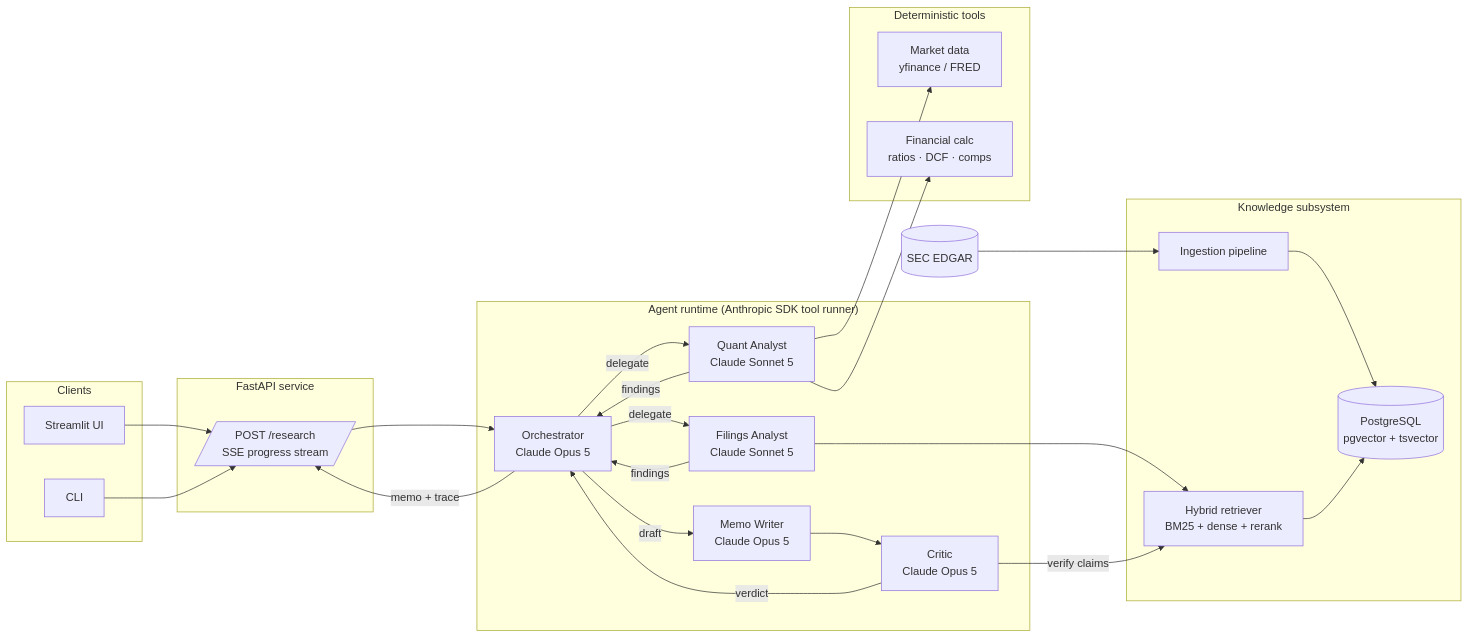
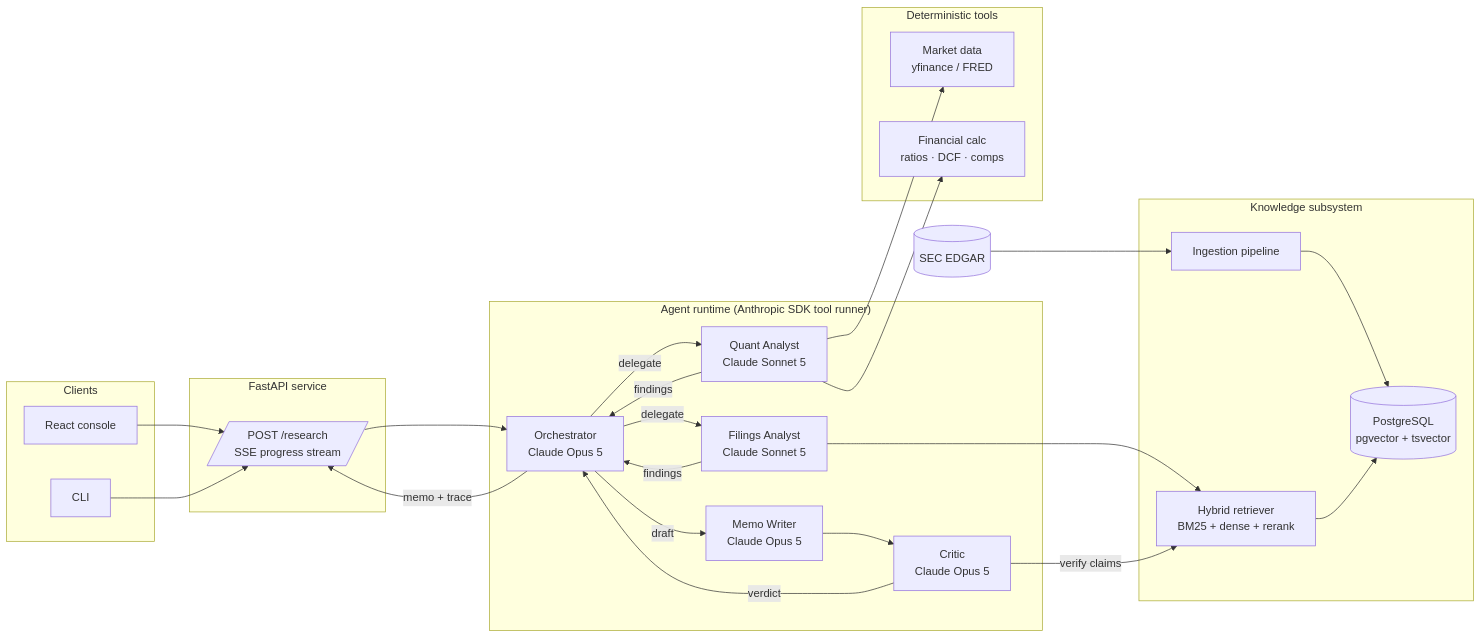
Before and after one commit to cedric190703/fin-research-agents: the first of 3 diagrams in docs/SYSTEM_DESIGN.md, drawn with Mermaid. The commit also changed other lines of this file and 4 other files, not shown here.

````diff
--- a/docs/SYSTEM_DESIGN.md
+++ b/docs/SYSTEM_DESIGN.md
@@ -39,41 +39,41 @@
 ```mermaid
 flowchart LR
     subgraph Clients
-        UI[Streamlit UI]
+        UI[React console]
         CLI[CLI]
     end
 
     subgraph API["FastAPI service"]
         GW[/POST /research<br/>SSE progress stream/]
     end
 
     subgraph Agents["Agent runtime (Anthropic SDK tool runner)"]
         ORCH["Orchestrator<br/>Claude Opus 5"]
         FIL["Filings Analyst<br/>Claude Sonnet 5"]
         QNT["Quant Analyst<br/>Claude Sonnet 5"]
         CRT["Critic<br/>Claude Opus 5"]
         WRT["Memo Writer<br/>Claude Opus 5"]
     end
 
     subgraph Knowledge["Knowledge subsystem"]
         RET[Hybrid retriever<br/>BM25 + dense + rerank]
         PG[(PostgreSQL<br/>pgvector + tsvector)]
         ING[Ingestion pipeline]
     end
 
     subgraph Tools["Deterministic tools"]
         MKT[Market data<br/>yfinance / FRED]
         FIN[Financial calc<br/>ratios · DCF · comps]
     end
 
     EDGAR[(SEC EDGAR)] --> ING --> PG
     UI & CLI --> GW --> ORCH
     ORCH -- delegate --> FIL & QNT
     FIL --> RET --> PG
     QNT --> MKT & FIN
     FIL & QNT -- findings --> ORCH
     ORCH -- draft --> WRT --> CRT
     CRT -- verify claims --> RET
     CRT -- verdict --> ORCH
     ORCH -- memo + trace --> GW
 ```
````
